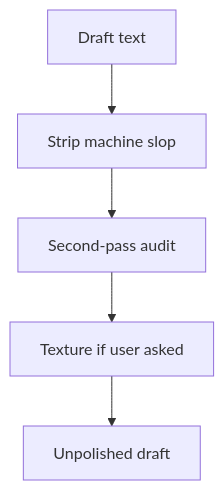
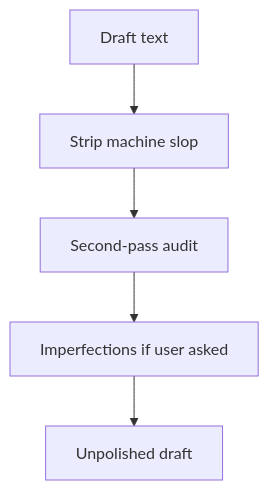
The diagram in SKILL.md (wilu222/unpolish-ai-writing), drawn with Mermaid before and after one commit. The commit also changed other lines of this file and 1 other file, not shown here.

Commit message:
rename texture -> imperfections

````diff
--- a/SKILL.md
+++ b/SKILL.md
@@ -40,7 +36,7 @@
 ```mermaid
 flowchart TD
   input[Draft text] --> strip[Strip machine slop]
   strip --> audit[Second-pass audit]
-  audit --> texture[Texture if user asked]
-  texture --> out[Unpolished draft]
+  audit --> imperfections[Imperfections if user asked]
+  imperfections --> out[Unpolished draft]
 ```
````
